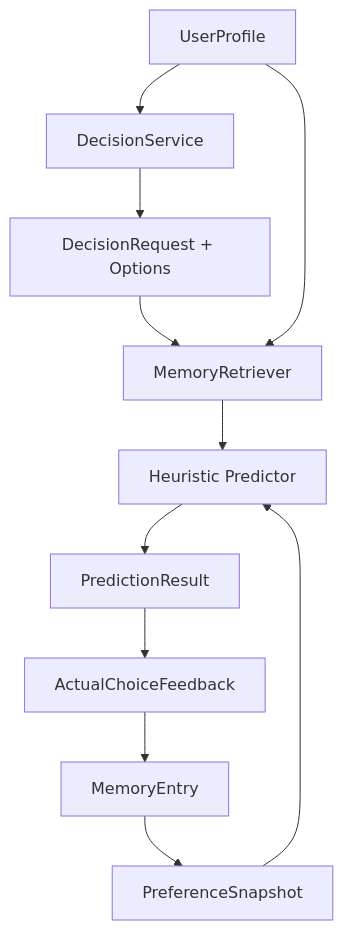
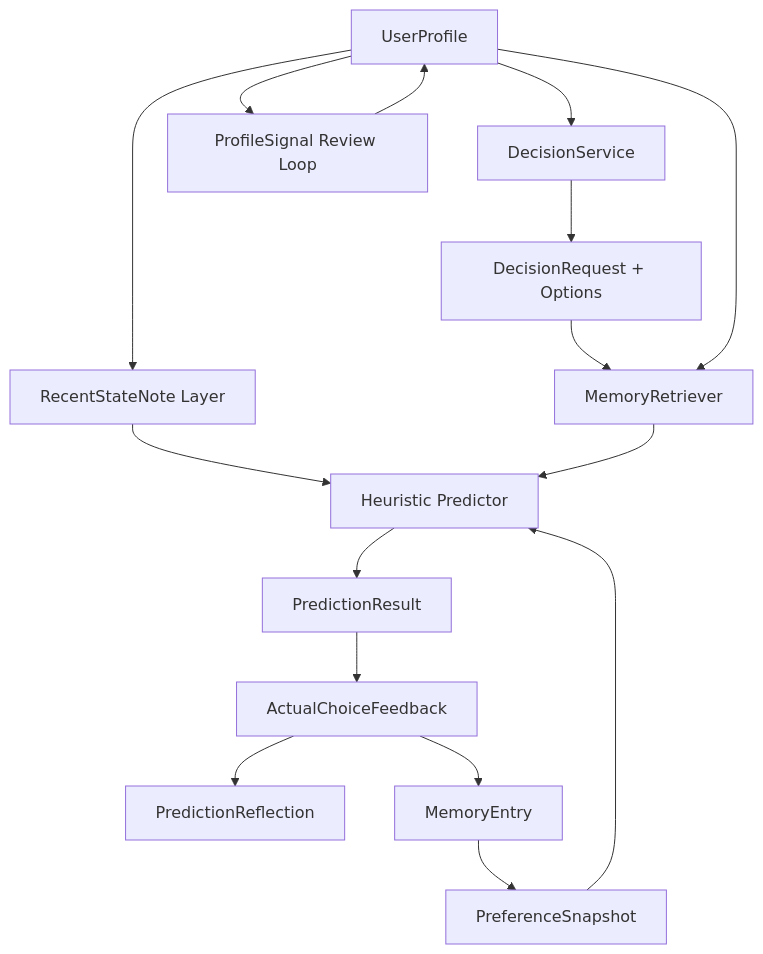
Before and after one commit to ronut01/bcd: the diagram in docs/architecture.md, drawn with Mermaid. The commit also changed other lines of this file and 19 other files, not shown here.

Commit message:
Add profile correction loop and recent state notes

````diff
--- a/docs/architecture.md
+++ b/docs/architecture.md
@@ -3,13 +3,18 @@
 ```mermaid
 flowchart TD
     A["UserProfile"] --> B["DecisionService"]
+    A --> J["ProfileSignal Review Loop"]
+    A --> L["RecentStateNote Layer"]
+    L --> E
+    J --> A
     B --> C["DecisionRequest + Options"]
     C --> D["MemoryRetriever"]
     A --> D
     D --> E["Heuristic Predictor"]
     E --> F["PredictionResult"]
     F --> G["ActualChoiceFeedback"]
+    G --> K["PredictionReflection"]
     G --> H["MemoryEntry"]
     H --> I["PreferenceSnapshot"]
     I --> E
 ```
````
